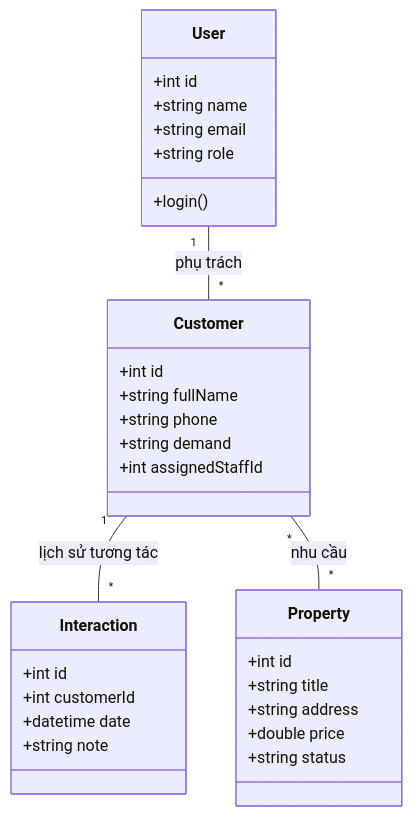
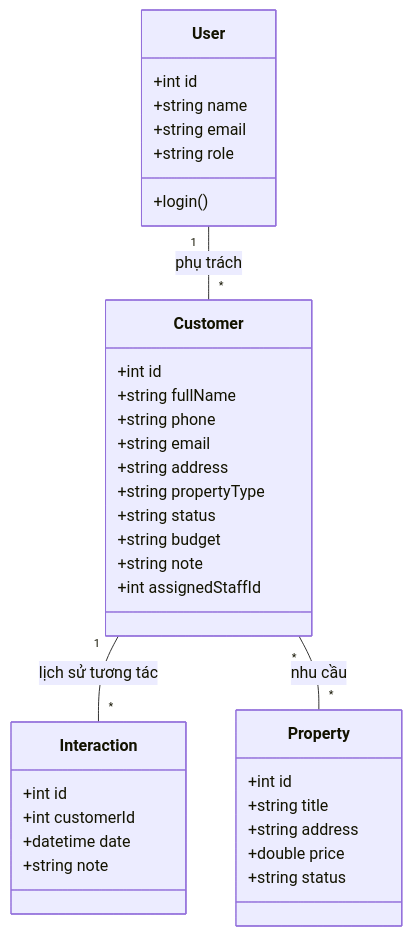
Before and after one commit to toandev2505/customer-bds-fe: the second of 6 diagrams in README.md, drawn with Mermaid. The commit also changed other lines of this file, not shown here.

````diff
--- a/README.md
+++ b/README.md
@@ -50,34 +50,39 @@
 ```mermaid
 classDiagram
     class User {
         +int id
         +string name
         +string email
         +string role
         +login()
     }
     class Customer {
         +int id
         +string fullName
         +string phone
-        +string demand
+        +string email
+        +string address
+        +string propertyType
+        +string status
+        +string budget
+        +string note
         +int assignedStaffId
     }
     class Property {
         +int id
         +string title
         +string address
         +double price
         +string status
     }
     class Interaction {
         +int id
         +int customerId
         +datetime date
         +string note
     }
 
     User "1" -- "*" Customer : phụ trách
     Customer "1" -- "*" Interaction : lịch sử tương tác
     Customer "*" -- "*" Property : nhu cầu
 ```
````
